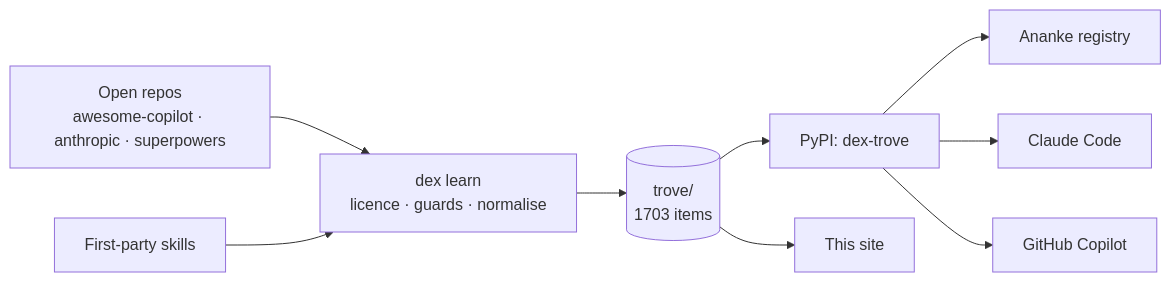
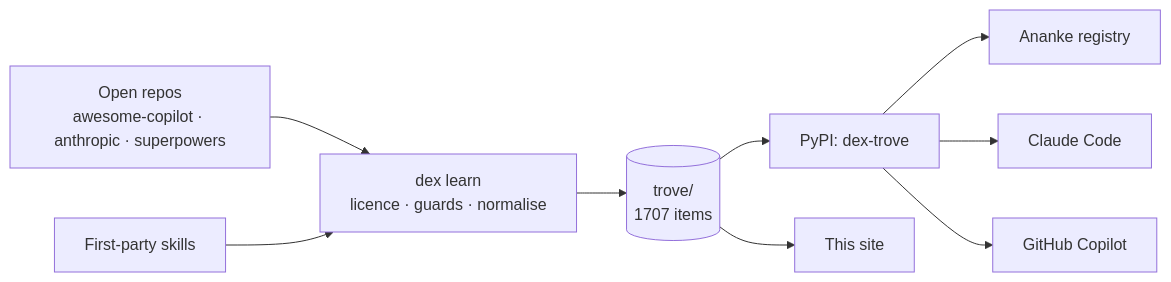
Before and after one commit to Neo-Pragnya/Dex-Trove: the diagram in docs/index.md, drawn with Mermaid. The commit also changed 71 other files, not shown here.

````diff
--- a/docs/index.md
+++ b/docs/index.md
@@ -17,11 +17,11 @@
 ```mermaid
 flowchart LR
   U[Open repos<br/>awesome-copilot · anthropic · superpowers] --> L[dex learn<br/>licence · guards · normalise]
   F[First-party skills] --> L
-  L --> T[(trove/<br/>1703 items)]
+  L --> T[(trove/<br/>1707 items)]
   T --> P[PyPI: dex-trove]
   P --> A[Ananke registry]
   P --> C[Claude Code]
   P --> G[GitHub Copilot]
   T --> W[This site]
 ```
````
